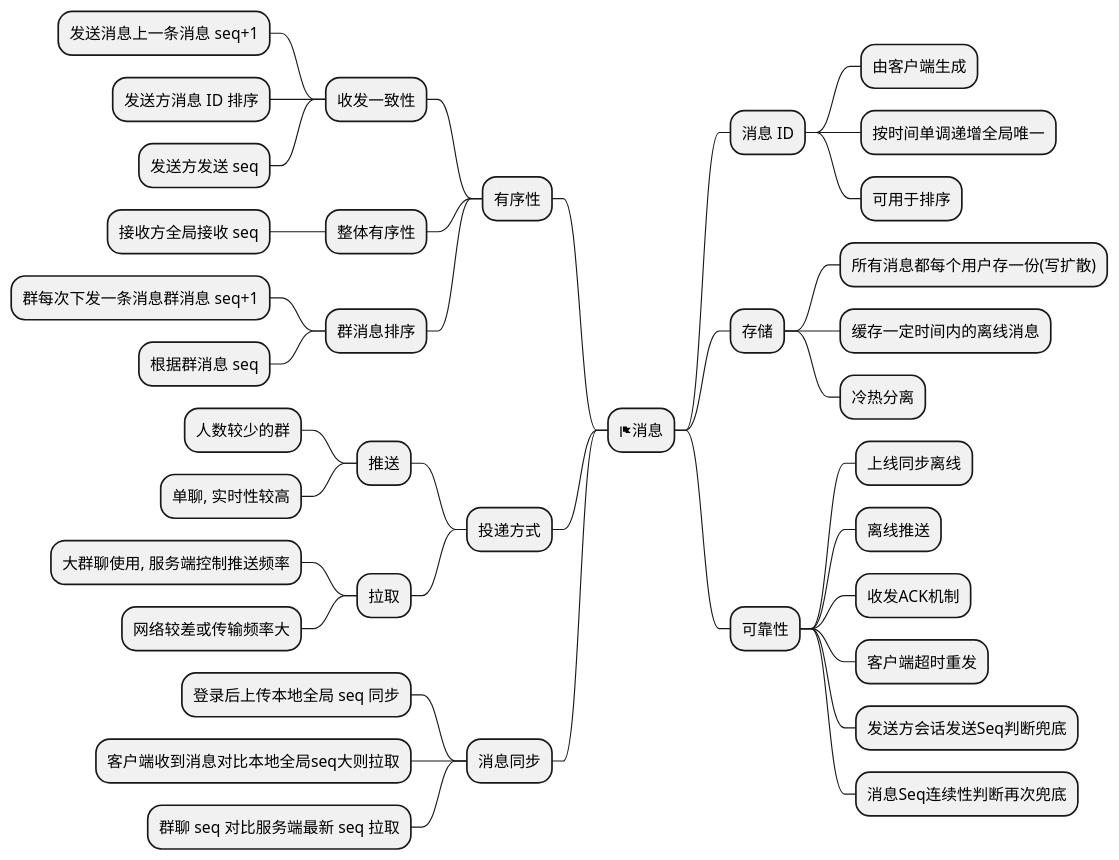
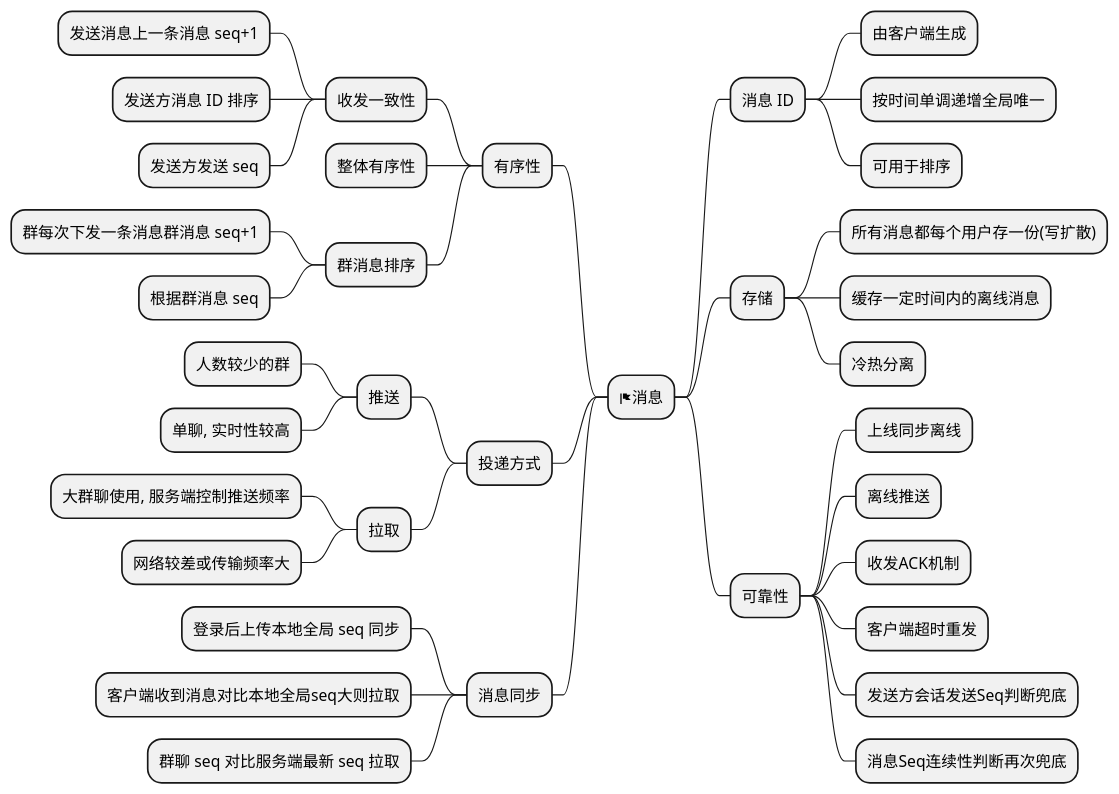
One commit to glide-im/glide-im changed the diagram in doc/puml/arch/message_feature.puml. Above: the diagram before and after it, drawn with PlantUML. The commit also changed 19 other files, not shown here.

```diff
--- a/doc/puml/arch/message_feature.puml
+++ b/doc/puml/arch/message_feature.puml
@@ -1,46 +1,45 @@
 @startmindmap
 'https://plantuml.com/mindmap-diagram
 
 * <&flag>消息
 
 ** 消息 ID
     *** 由客户端生成
     *** 按时间单调递增全局唯一
     *** 可用于排序
 ** 存储
     *** 所有消息都每个用户存一份(写扩散)
     *** 缓存一定时间内的离线消息
     *** 冷热分离
 ** 可靠性
     *** 上线同步离线
     *** 离线推送
     *** 收发ACK机制
     *** 客户端超时重发
     *** 发送方会话发送Seq判断兜底
     *** 消息Seq连续性判断再次兜底
 
 left side
 
 ** 有序性
     *** 收发一致性
         **** 发送消息上一条消息 seq+1
         **** 发送方消息 ID 排序
         **** 发送方发送 seq
     *** 整体有序性
-        **** 接收方全局接收 seq
     *** 群消息排序
         **** 群每次下发一条消息群消息 seq+1
         **** 根据群消息 seq
 ** 投递方式
     *** 推送
         **** 人数较少的群
         **** 单聊, 实时性较高
     *** 拉取
         **** 大群聊使用, 服务端控制推送频率
         **** 网络较差或传输频率大
 ** 消息同步
     *** 登录后上传本地全局 seq 同步
     *** 客户端收到消息对比本地全局seq大则拉取
     *** 群聊 seq 对比服务端最新 seq 拉取
 
 @endmindmap
```
